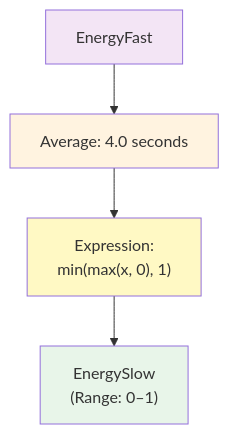
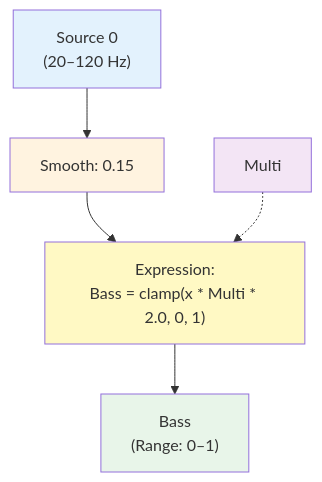
One commit to abossard/synesthesia-visuals changed the sixth of 17 diagrams in docs/mmv-master-pipeline-guide.md. Above: the diagram before and after it, drawn with Mermaid. The commit also changed other lines of this file, not shown here.

````diff
--- a/docs/mmv-master-pipeline-guide.md
+++ b/docs/mmv-master-pipeline-guide.md
@@ -348,11 +267,13 @@
 ```mermaid
 flowchart TD
-    ENERGY_FAST_IN["EnergyFast"] --> AVG["Average: 4.0 seconds"]
-    AVG --> EXPR_ES["Expression:<br/>min(max(x, 0), 1)"]
-    EXPR_ES --> ENERGY_SLOW["EnergySlow<br/>(Range: 0–1)"]
+    AUDIO_B["Source 0<br/>(20–120 Hz)"] --> SMOOTH_B1["Smooth: 0.15"]
+    SMOOTH_B1 --> EXPR_B1["Expression:<br/>Bass = clamp(x * Multi * 2.0, 0, 1)"]
+    MULTI_B["Multi"] -.-> EXPR_B1
+    EXPR_B1 --> BASS["Bass<br/>(Range: 0–1)"]
     
-    style ENERGY_FAST_IN fill:#f3e5f5
-    style AVG fill:#fff3e0
-    style EXPR_ES fill:#fff9c4
-    style ENERGY_SLOW fill:#e8f5e9
+    style AUDIO_B fill:#e3f2fd
+    style SMOOTH_B1 fill:#fff3e0
+    style EXPR_B1 fill:#fff9c4
+    style MULTI_B fill:#f3e5f5
+    style BASS fill:#e8f5e9
 ```
````
